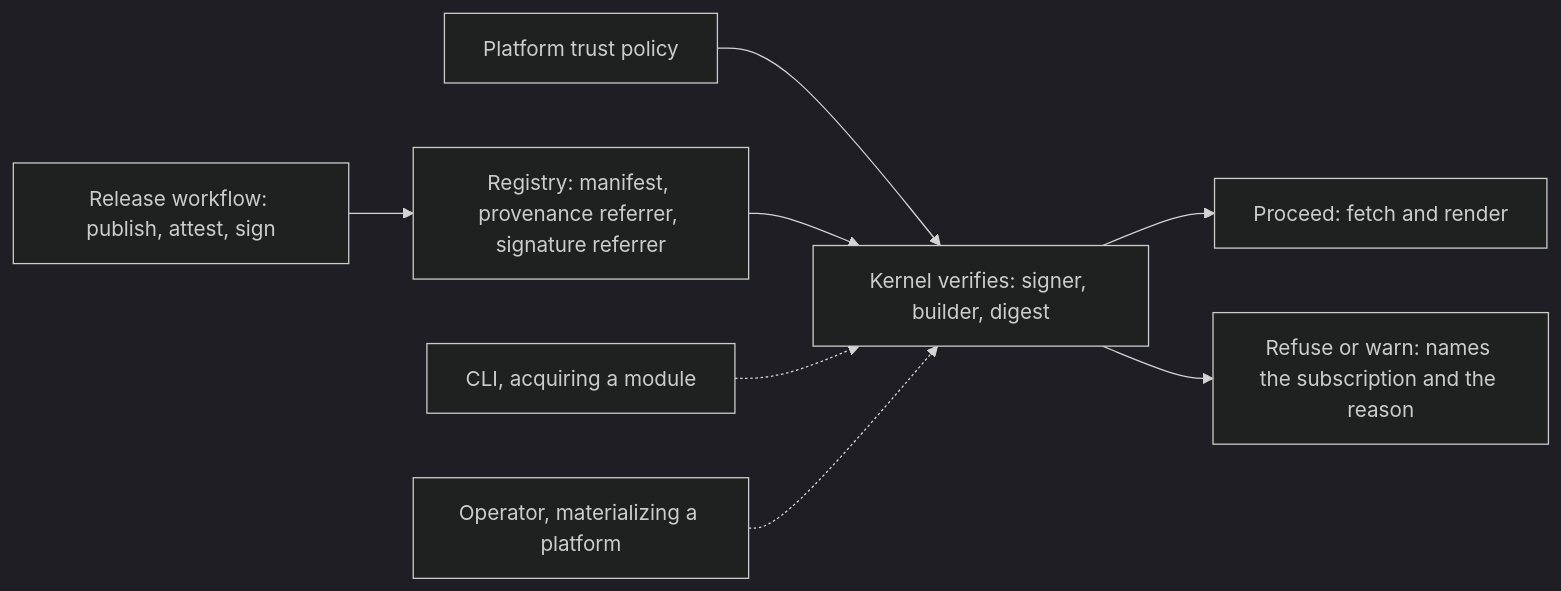
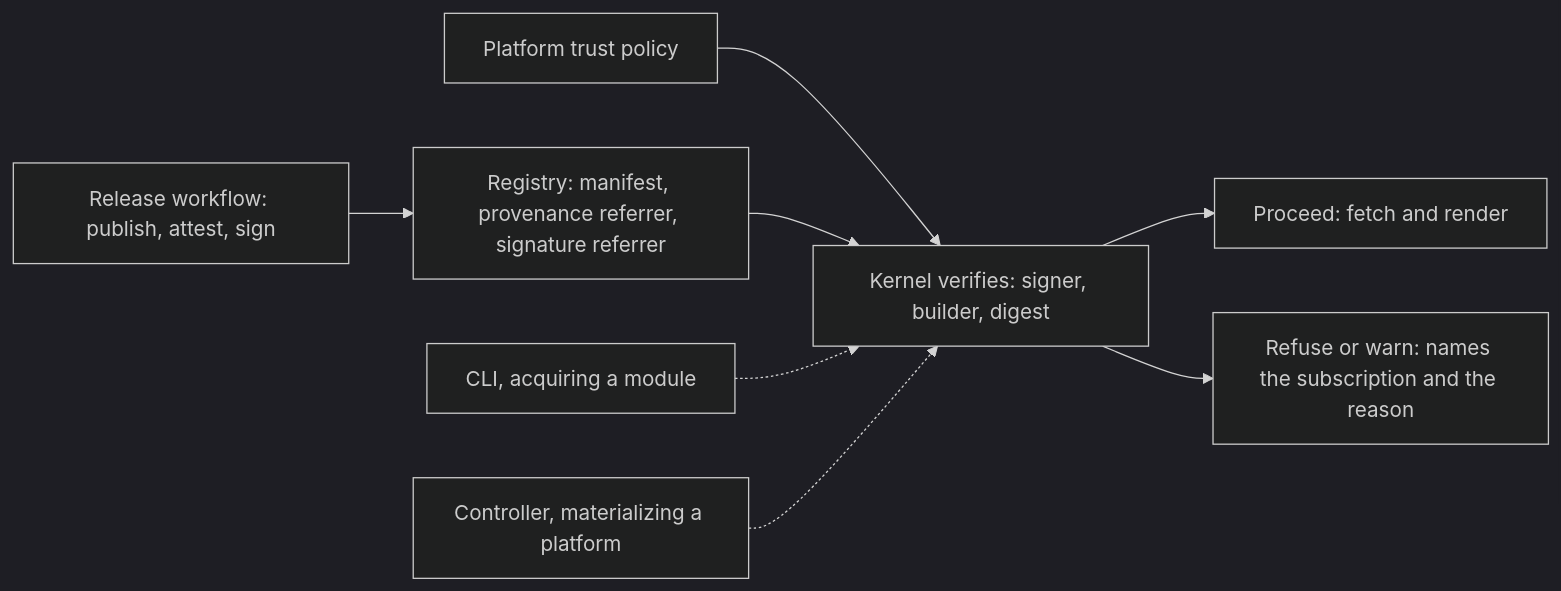
One commit to open-platform-model/enhancements changed the diagram in openspec/changes/0023-artifact-provenance-and-trust/design.md. Above: the diagram before and after it, drawn with Mermaid (dark theme). The commit also changed other lines of this file and 219 other files, not shown here.

First line of the commit message:
refactor: rename opm-operator to opm-controller in the live entries (#113)

````diff
--- a/openspec/changes/0023-artifact-provenance-and-trust/design.md
+++ b/openspec/changes/0023-artifact-provenance-and-trust/design.md
@@ -7,10 +7,10 @@
 ```mermaid
 flowchart LR
     ci["Release workflow: publish, attest, sign"] --> reg["Registry: manifest, provenance referrer, signature referrer"]
     policy["Platform trust policy"] --> verify
     reg --> verify["Kernel verifies: signer, builder, digest"]
     verify --> ok["Proceed: fetch and render"]
     verify --> no["Refuse or warn: names the subscription and the reason"]
     cli["CLI, acquiring a module"] -.-> verify
-    op["Operator, materializing a platform"] -.-> verify
+    op["Controller, materializing a platform"] -.-> verify
 ```
````
